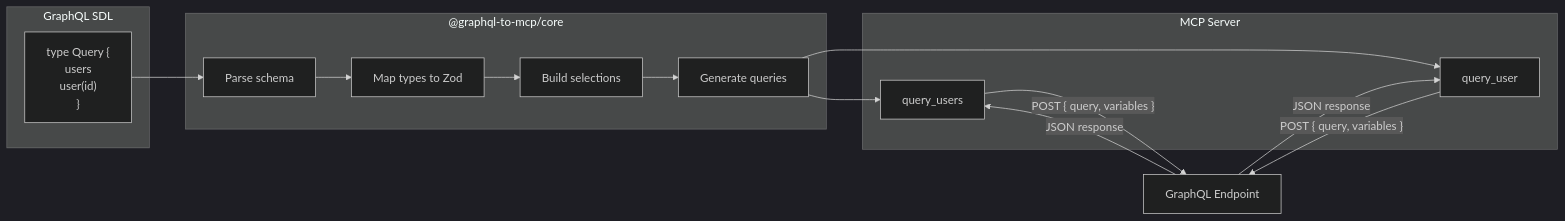
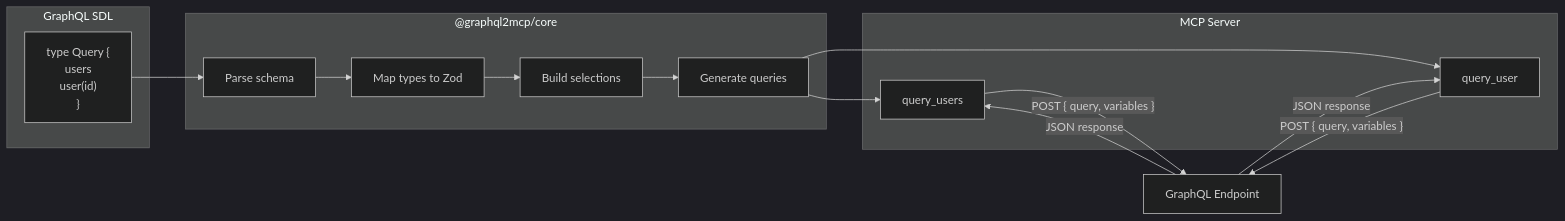
The diagram in docs/index.md (KKonstantinov/graphql2mcp), drawn with Mermaid (dark theme) before and after one commit. The commit also changed other lines of this file and 55 other files, not shown here.

Commit message:
rename to graphql2mcp

````diff
--- a/docs/index.md
+++ b/docs/index.md
@@ -117,25 +117,25 @@
 ```mermaid
 flowchart LR
     subgraph Source["GraphQL SDL"]
         S["type Query {\n  users\n  user(id)\n}"]
     end
 
-    subgraph Core["@graphql-to-mcp/core"]
+    subgraph Core["@graphql2mcp/core"]
         P[Parse schema]
         M[Map types to Zod]
         B[Build selections]
         G[Generate queries]
         P --> M --> B --> G
     end
 
     subgraph Server["MCP Server"]
         T1[query_users]
         T2[query_user]
     end
 
     S --> P
     G --> T1
     G --> T2
     T1 & T2 -->|"POST { query, variables }"| E[GraphQL Endpoint]
     E -->|JSON response| T1 & T2
 ```
````
